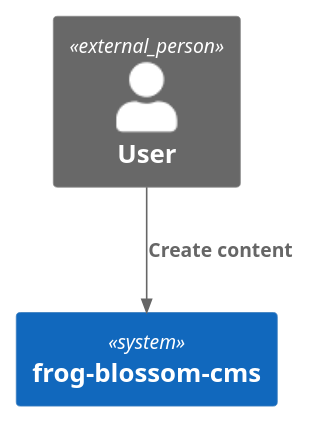
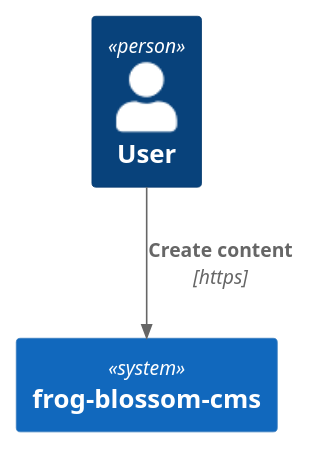
Before and after one commit to minierparedes/frog-blossom-docs: the diagram in design-docs/context.puml, drawn with PlantUML.

Commit message:
Apr 30, 2024, 12:15 PM

```diff
--- a/design-docs/context.puml
+++ b/design-docs/context.puml
@@ -1,9 +1,9 @@
 @startuml frog-blossom-context
 !include  https://raw.githubusercontent.com/plantuml-stdlib/C4-PlantUML/master/C4_Container.puml
 
-Person_Ext(user, "User")
+Person(user, "User")
 System(cms, "frog-blossom-cms")
 
-Rel(user, cms, "Create content")
+Rel(user, cms, "Create content", "https")
 
 @enduml
```
